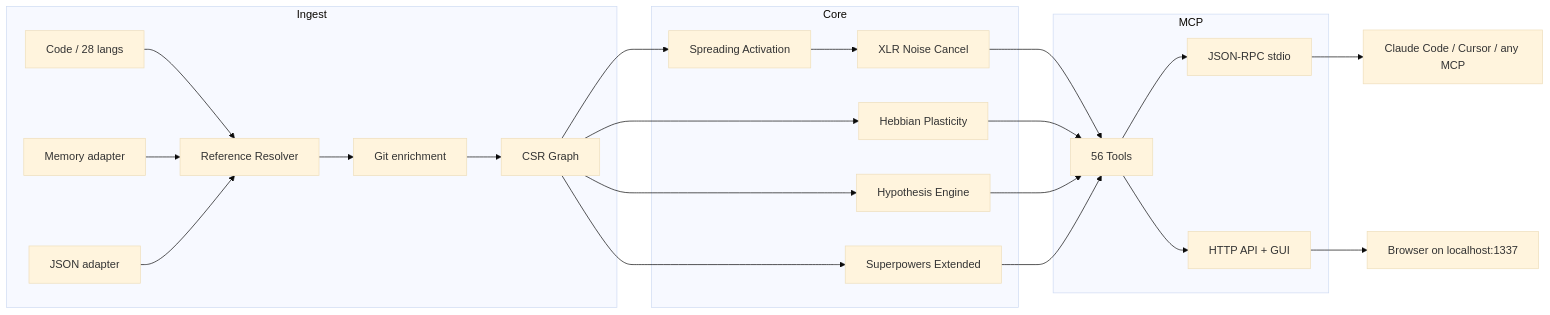
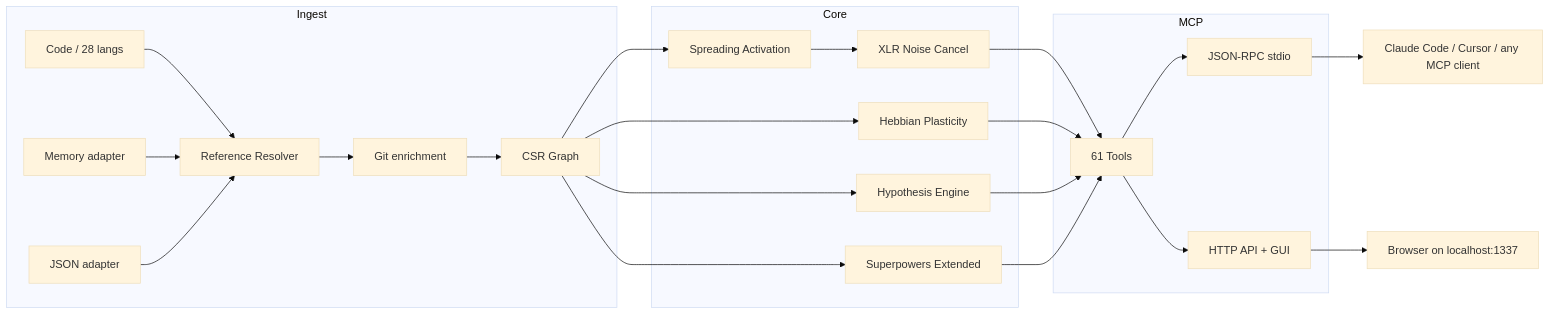
The diagram in README.md (M1nd-Intelligence/m1nd), drawn with Mermaid (base theme) before and after one commit. The commit also changed other lines of this file and 51 other files, not shown here.

````diff
--- a/README.md
+++ b/README.md
@@ -297,27 +310,27 @@
 ```mermaid
 graph LR
     subgraph Ingest
         A[Code / 28 langs] --> R[Reference Resolver]
         MA[Memory adapter] --> R
         JA[JSON adapter] --> R
         R --> GD[Git enrichment]
         GD --> G[CSR Graph]
     end
     subgraph Core
         G --> SA[Spreading Activation]
         G --> HP[Hebbian Plasticity]
         G --> HY[Hypothesis Engine]
         G --> SX[Superpowers Extended]
         SA --> XLR[XLR Noise Cancel]
     end
     subgraph MCP
-        XLR --> T[56 Tools]
+        XLR --> T[61 Tools]
         HP --> T
         HY --> T
         SX --> T
         T --> IO[JSON-RPC stdio]
         T --> HTTP[HTTP API + GUI]
     end
-    IO --> C[Claude Code / Cursor / any MCP]
+    IO --> C[Claude Code / Cursor / any MCP client]
     HTTP --> B[Browser on localhost:1337]
 ```
````
